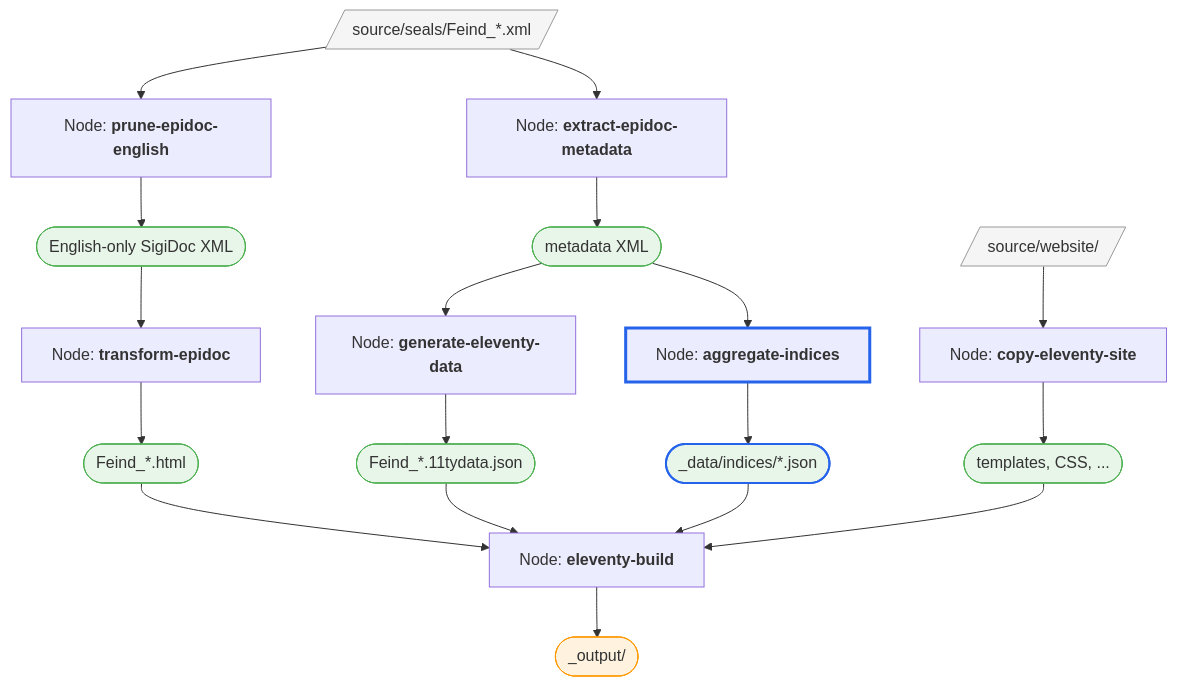
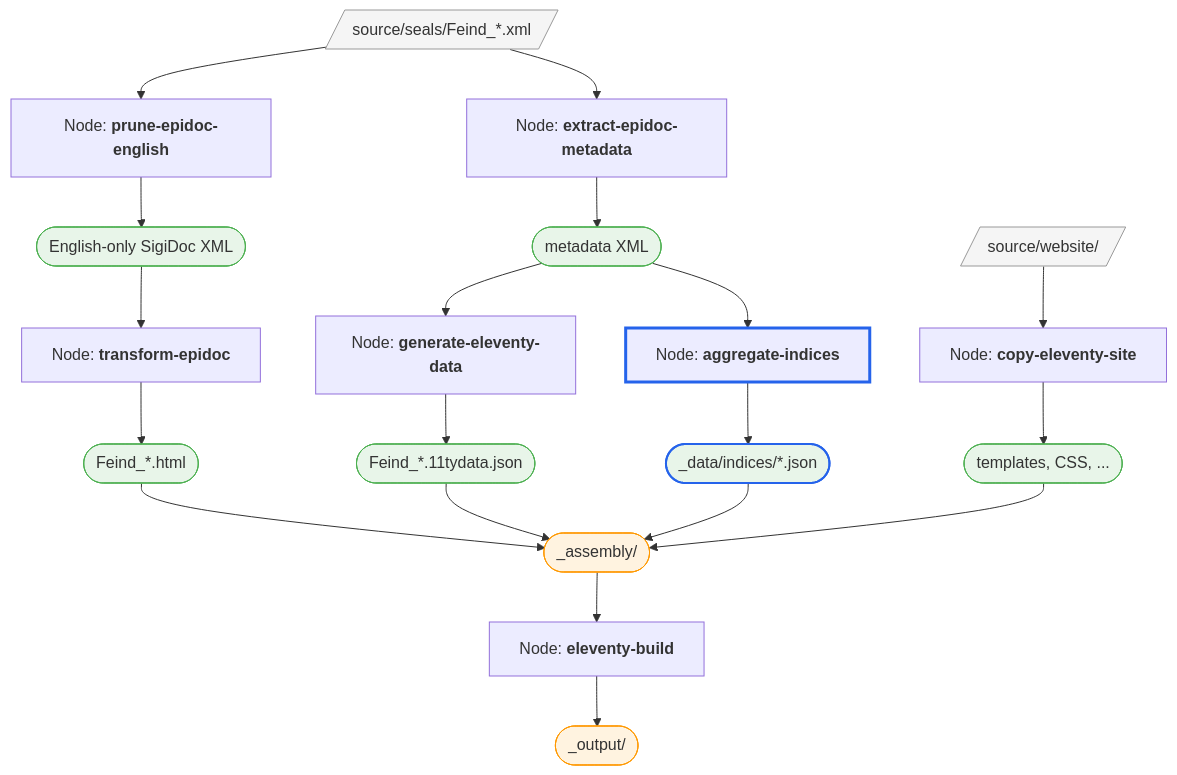
Before and after one commit to olvidalo/efes-ng-prototype: the second of 2 diagrams in docs/tutorial/indices.md, drawn with Mermaid. The commit also changed other lines of this file and 113 other files, not shown here.

````diff
--- a/docs/tutorial/indices.md
+++ b/docs/tutorial/indices.md
@@ -307,46 +354,49 @@
 ```mermaid
 flowchart TD
   seals[/"source/seals/Feind_*.xml"/]
   templates[/"source/website/"/]
 
   prune["Node: <b>prune-epidoc-english</b>"]
   transform["Node: <b>transform-epidoc</b>"]
   extract["Node: <b>extract-epidoc-metadata</b>"]
   data["Node: <b>generate-eleventy-data</b>"]
   agg["Node: <b>aggregate-indices</b>"]
   copy["Node: <b>copy-eleventy-site</b>"]
   build["Node: <b>eleventy-build</b>"]
 
   pruned(["English-only SigiDoc XML"])
   html(["Feind_*.html"])
   meta(["metadata XML"])
   json(["Feind_*.11tydata.json"])
   idxjson(["_data/indices/*.json"])
   site(["templates, CSS, ..."])
   output(["_output/"])
+  assembly(["_assembly/"])
 
   seals --> prune --> pruned
   seals --> extract --> meta
   pruned --> transform --> html
   meta --> data --> json
   meta --> agg --> idxjson
   templates --> copy --> site
 
-  html --> build
-  json --> build
-  idxjson --> build
-  site --> build
+  html --> assembly
+  json --> assembly
+  idxjson --> assembly
+  site --> assembly
+  assembly --> build
   build --> output
 
   style seals fill:#f5f5f5,stroke:#999
   style templates fill:#f5f5f5,stroke:#999
   style pruned fill:#e8f5e9,stroke:#4caf50
   style html fill:#e8f5e9,stroke:#4caf50
   style meta fill:#e8f5e9,stroke:#4caf50
   style json fill:#e8f5e9,stroke:#4caf50
   style idxjson fill:#e8f5e9,stroke:#4caf50
   style site fill:#e8f5e9,stroke:#4caf50
   style output fill:#fff3e0,stroke:#ff9800
+  style assembly fill:#fff3e0,stroke:#ff9800
   style agg stroke:#2563eb,stroke-width:3px
   style idxjson stroke:#2563eb,stroke-width:2px
 ```
````
